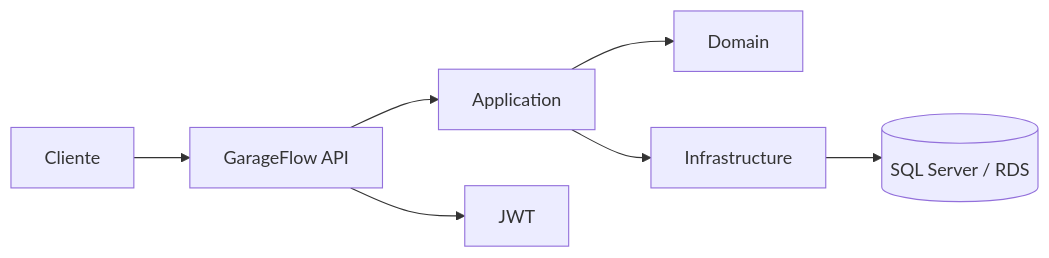
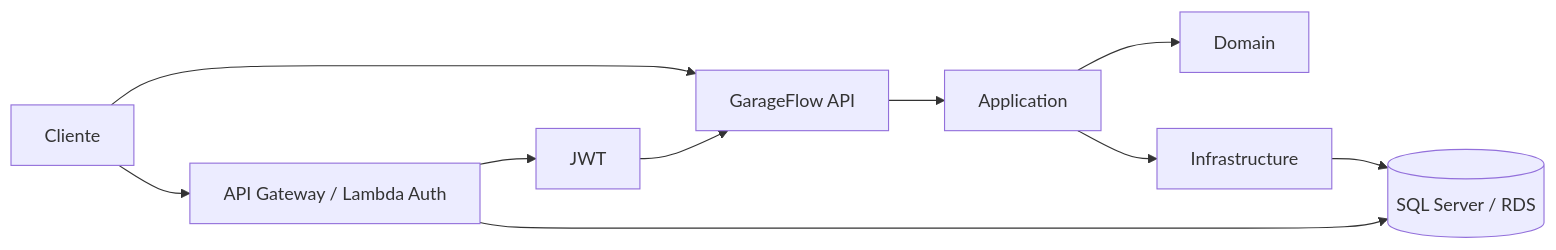
One commit to FiapPosEAA/fiap-garageflow-api changed the diagram in README.md. Above: the diagram before and after it, drawn with Mermaid. The commit also changed other lines of this file and 10 other files, not shown here.

````diff
--- a/README.md
+++ b/README.md
@@ -87,9 +97,12 @@
 ```mermaid
 flowchart LR
         Client[Cliente] --> API[GarageFlow API]
+        Client --> Auth[API Gateway / Lambda Auth]
+        Auth --> JWT[JWT]
+        JWT --> API
         API --> App[Application]
         App --> Domain[Domain]
         App --> Infra[Infrastructure]
         Infra --> DB[(SQL Server / RDS)]
-        API --> JWT[JWT]
+        Auth --> DB
 ```
````
